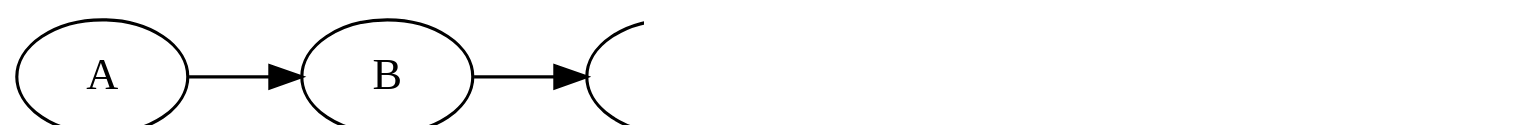
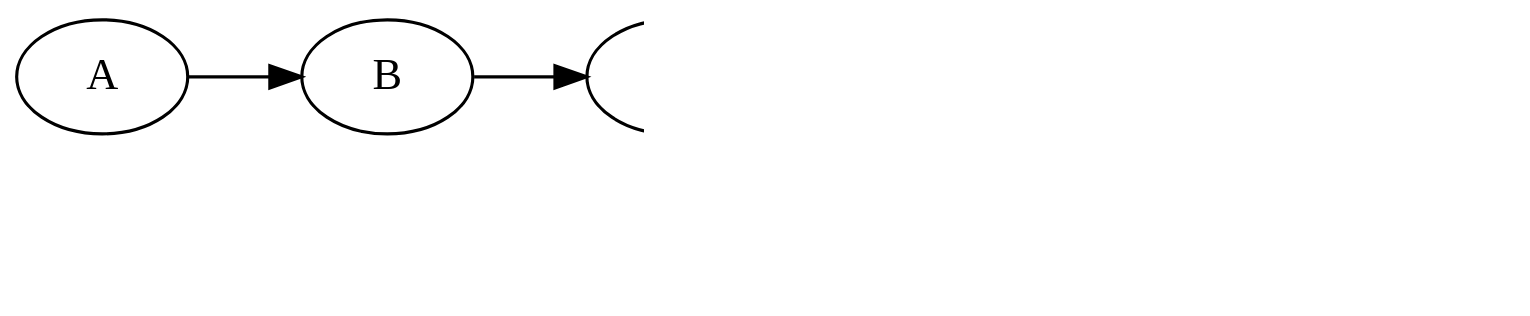
One commit to inponomarev/kstreams-testing-pitfalls changed the fourth of 14 diagrams in slides/src/main/asciidoc/lecture.adoc. Above: the diagram before and after it, drawn with Graphviz. The commit also changed other lines of this file, not shown here.

Commit message:
improve diagrams

```diff
--- a/slides/src/main/asciidoc/lecture.adoc
+++ b/slides/src/main/asciidoc/lecture.adoc
@@ -240,17 +240,27 @@
 [graphviz,"wrong-topology1.png"]
 ----
 digraph G {
 graph [ dpi = 180 ];
 rankdir="LR";
 A1[label="A"];
 B1[label="B"];
 A2[label="A"];
 B2[label="B"];
 
 A1 -> B1 -> B2 ->A2 ;
 
-A2->Kafka;
+A2->Reduce;
 
-Kafka[shape=box,label="reduce \n (l, r) → <STOP>"]
+Reduce[shape=box,label="reduce \n (l, r) → <STOP>"];
+
+Store[shape=cylinder,label=<<table cellspacing="5" cellborder="0"  border="0">
+        <tr><td colspan="2">Local Store</td></tr>
+        <tr><td> </td><td> </td></tr>
+        </table>>];
+
+Reduce->Store;
+
+{rank = same; Store; Reduce; }
+
 }
 ----
```
